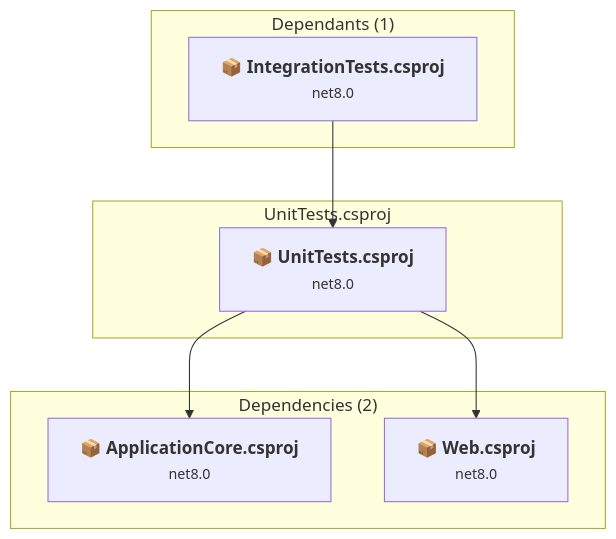
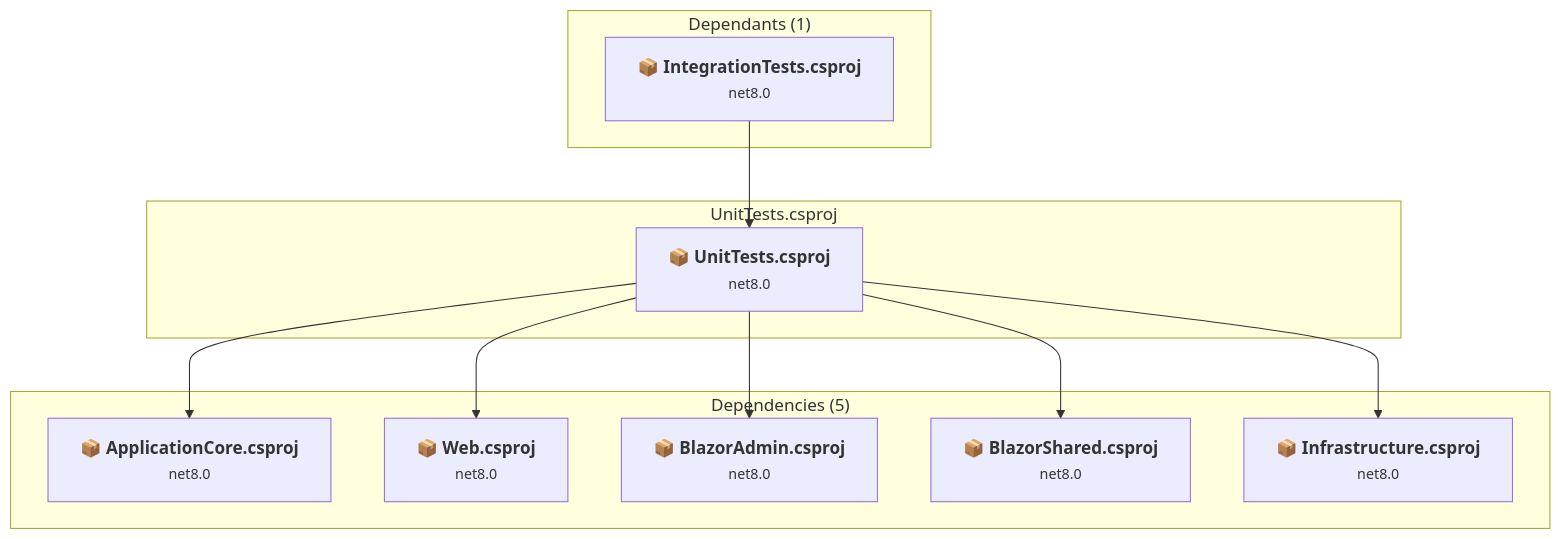
The diagram in .github/upgrades/scenarios/dotnet-version-upgrade/assessment/projects/UnitTests.md (kaushganguly/eShopOnWeb), drawn with Mermaid before and after one commit. The commit also changed other lines of this file and 20 other files, not shown here.

````diff
--- a/.github/upgrades/scenarios/dotnet-version-upgrade/assessment/projects/UnitTests.md
+++ b/.github/upgrades/scenarios/dotnet-version-upgrade/assessment/projects/UnitTests.md
@@ -35,21 +38,30 @@
 ```mermaid
 flowchart TB
     subgraph upstream["Dependants (1)"]
         P5["<b>📦&nbsp;IntegrationTests.csproj</b><br/><small>net8.0</small>"]
         click P5 "../projects/IntegrationTests.md"
     end
     subgraph current["UnitTests.csproj"]
         MAIN["<b>📦&nbsp;UnitTests.csproj</b><br/><small>net8.0</small>"]
         click MAIN "../projects/UnitTests.md"
     end
-    subgraph downstream["Dependencies (2)"]
+    subgraph downstream["Dependencies (5)"]
         P3["<b>📦&nbsp;ApplicationCore.csproj</b><br/><small>net8.0</small>"]
         P1["<b>📦&nbsp;Web.csproj</b><br/><small>net8.0</small>"]
+        P8["<b>📦&nbsp;BlazorAdmin.csproj</b><br/><small>net8.0</small>"]
+        P9["<b>📦&nbsp;BlazorShared.csproj</b><br/><small>net8.0</small>"]
+        P2["<b>📦&nbsp;Infrastructure.csproj</b><br/><small>net8.0</small>"]
         click P3 "../projects/ApplicationCore.md"
         click P1 "../projects/Web.md"
+        click P8 "../projects/BlazorAdmin.md"
+        click P9 "../projects/BlazorShared.md"
+        click P2 "../projects/Infrastructure.md"
     end
     P5 --> MAIN
     MAIN --> P3
     MAIN --> P1
+    MAIN --> P8
+    MAIN --> P9
+    MAIN --> P2
 
 ```
````
